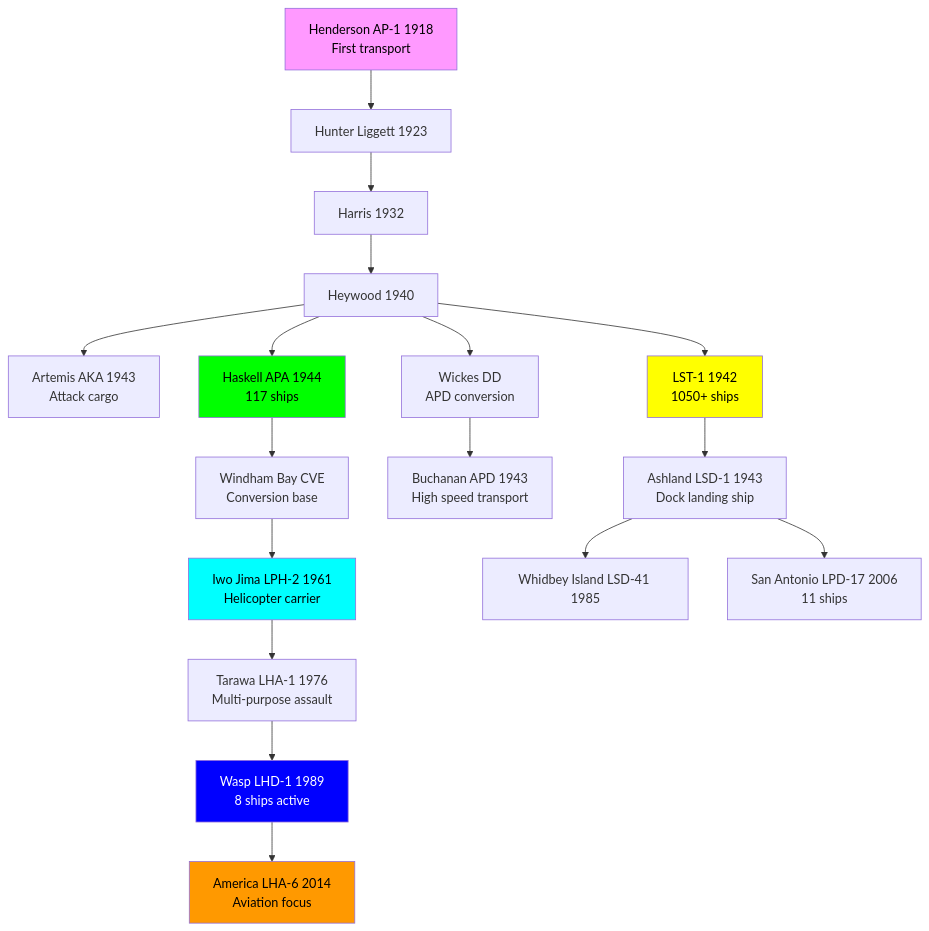
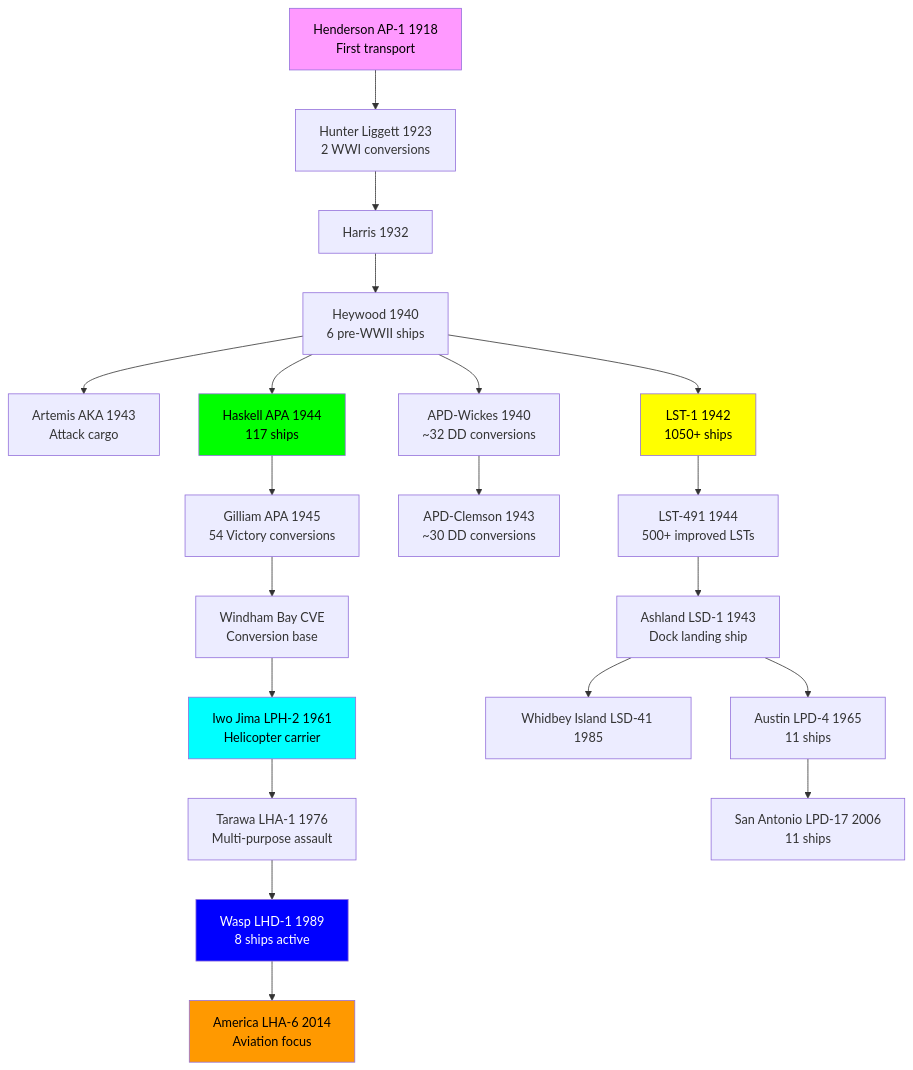
The first of 2 diagrams in USA/Overviews/00_Transport_Amphibious_Research_Tree.md (AsloWaves/ship-research-trees), drawn with Mermaid before and after one commit. The commit also changed other lines of this file, not shown here.

Commit message:
Update transport overview: correct totals and expand research tree diagram
- Changed class count from 50+ to actual 44 classes
- Added missing classes to research tree diagram:
  - Hunter-Liggett (1923, 2 WWI conversions)
  - Gilliam (1945, 54 Victory conversions)
  - APD-Wickes and APD-Clemson (destroyer conversions)
  - LST-491 (500+ improved LSTs)
  - Austin (1965, 11 LPDs)
- Updated totals in Era Overview, Production Summary, and footer
- All classes now properly represented in mermaid diagram

🤖 Generated with [Claude Code](https://claude.com/claude-code)

````diff
--- a/USA/Overviews/00_Transport_Amphibious_Research_Tree.md
+++ b/USA/Overviews/00_Transport_Amphibious_Research_Tree.md
@@ -35,32 +35,35 @@
 ```mermaid
 graph TD
-    HEND[Henderson AP-1 1918<br/>First transport] --> HUN[Hunter Liggett 1923]
+    HEND[Henderson AP-1 1918<br/>First transport] --> HUN[Hunter Liggett 1923<br/>2 WWI conversions]
     HUN --> HAR[Harris 1932]
-    HAR --> HEY[Heywood 1940]
+    HAR --> HEY[Heywood 1940<br/>6 pre-WWII ships]
 
     HEY --> ART[Artemis AKA 1943<br/>Attack cargo]
     HEY --> HASK[Haskell APA 1944<br/>117 ships]
+    HASK --> GILL[Gilliam APA 1945<br/>54 Victory conversions]
 
-    HASK --> WIND[Windham Bay CVE<br/>Conversion base]
+    GILL --> WIND[Windham Bay CVE<br/>Conversion base]
     WIND --> IWO[Iwo Jima LPH-2 1961<br/>Helicopter carrier]
 
-    HEY --> WICK[Wickes DD<br/>APD conversion]
-    WICK --> BUCH[Buchanan APD 1943<br/>High speed transport]
+    HEY --> WICK[APD-Wickes 1940<br/>~32 DD conversions]
+    WICK --> CLEM[APD-Clemson 1943<br/>~30 DD conversions]
 
     HEY --> LST1[LST-1 1942<br/>1050+ ships]
-    LST1 --> LSD1[Ashland LSD-1 1943<br/>Dock landing ship]
+    LST1 --> LST491[LST-491 1944<br/>500+ improved LSTs]
+    LST491 --> LSD1[Ashland LSD-1 1943<br/>Dock landing ship]
 
     IWO --> TAR[Tarawa LHA-1 1976<br/>Multi-purpose assault]
     TAR --> WASP[Wasp LHD-1 1989<br/>8 ships active]
     WASP --> AMER[America LHA-6 2014<br/>Aviation focus]
 
     LSD1 --> WHID[Whidbey Island LSD-41 1985]
-    LSD1 --> SANAN[San Antonio LPD-17 2006<br/>11 ships]
+    LSD1 --> AUST[Austin LPD-4 1965<br/>11 ships]
+    AUST --> SANAN[San Antonio LPD-17 2006<br/>11 ships]
 
     style HEND fill:#f9f,color:#000
     style HASK fill:#0f0,color:#000
     style LST1 fill:#ff0,color:#000
     style IWO fill:#0ff,color:#000
     style WASP fill:#00f,color:#fff
     style AMER fill:#f90,color:#000
 ```
````
